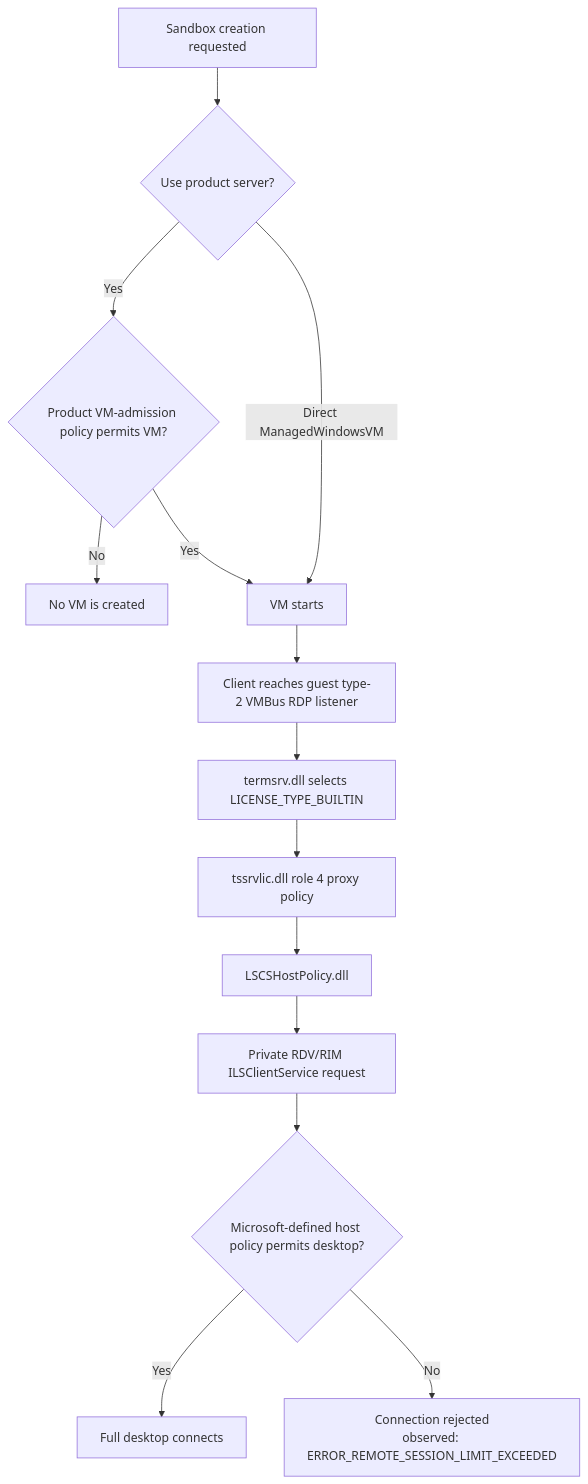
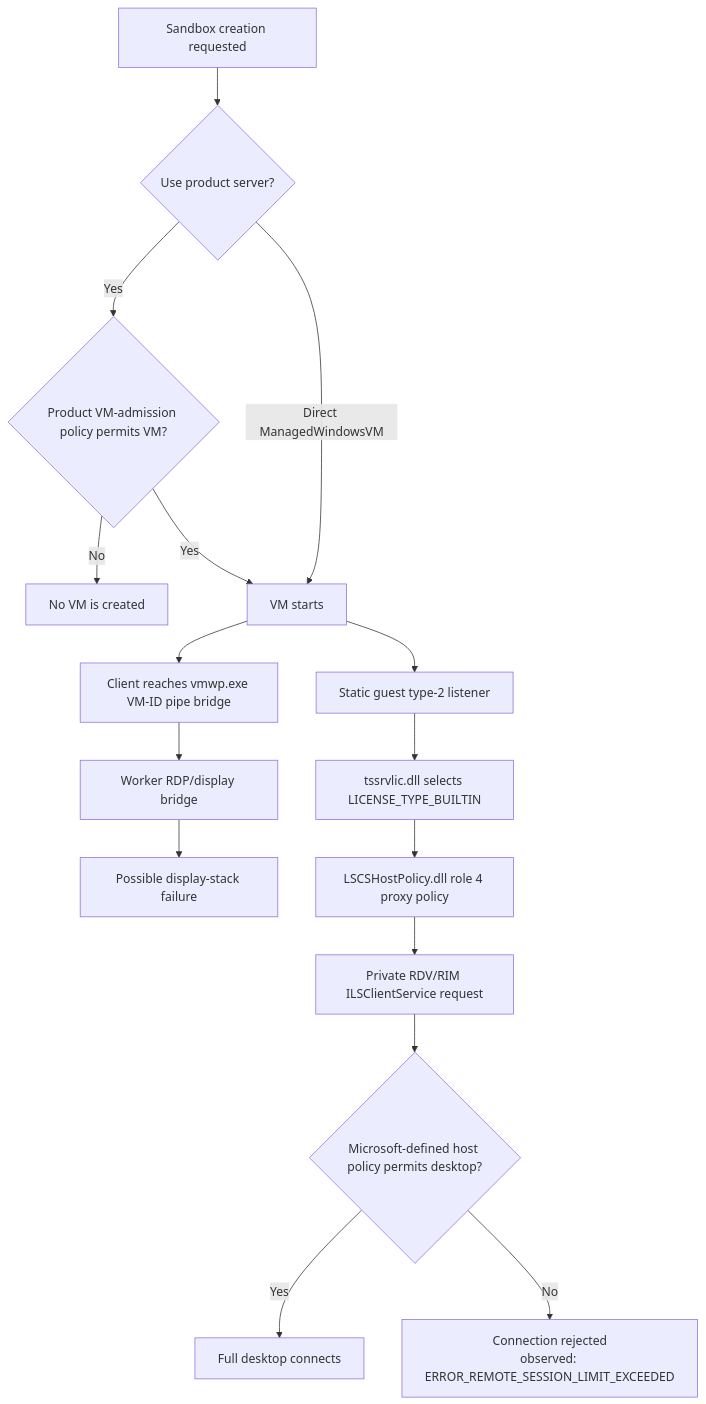
The diagram in docs/reversing/windows-sandbox-licensing.md (Devolutions/IronRDP), drawn with Mermaid before and after one commit. The commit also changed other lines of this file and 11 other files, not shown here.

````diff
--- a/docs/reversing/windows-sandbox-licensing.md
+++ b/docs/reversing/windows-sandbox-licensing.md
@@ -28,17 +41,19 @@
 ```mermaid
 flowchart TD
     A[Sandbox creation requested] --> B{Use product server?}
     B -->|Yes| C{Product VM-admission policy permits VM?}
     C -->|No| C0[No VM is created]
     C -->|Yes| D[VM starts]
     B -->|Direct ManagedWindowsVM| D
 
-    D --> E[Client reaches guest type-2 VMBus RDP listener]
-    E --> F[termsrv.dll selects LICENSE_TYPE_BUILTIN]
-    F --> G[tssrvlic.dll role 4 proxy policy]
-    G --> H[LSCSHostPolicy.dll]
+    D --> E[Client reaches vmwp.exe VM-ID pipe bridge]
+    E --> Dsp[Worker RDP/display bridge]
+    Dsp --> DspFail[Possible display-stack failure]
+    D --> F[Static guest type-2 listener]
+    F --> G[tssrvlic.dll selects LICENSE_TYPE_BUILTIN]
+    G --> H[LSCSHostPolicy.dll role 4 proxy policy]
     H --> I[Private RDV/RIM ILSClientService request]
     I --> J{Microsoft-defined host policy permits desktop?}
     J -->|Yes| K[Full desktop connects]
     J -->|No| L[Connection rejected<br/>observed: ERROR_REMOTE_SESSION_LIMIT_EXCEEDED]
 ```
````
